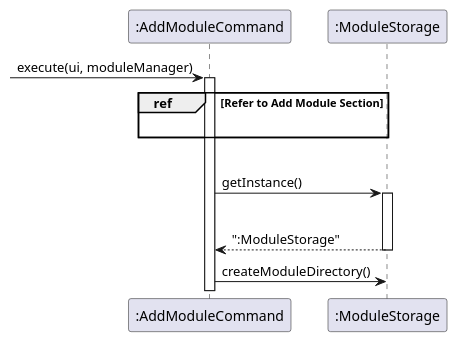
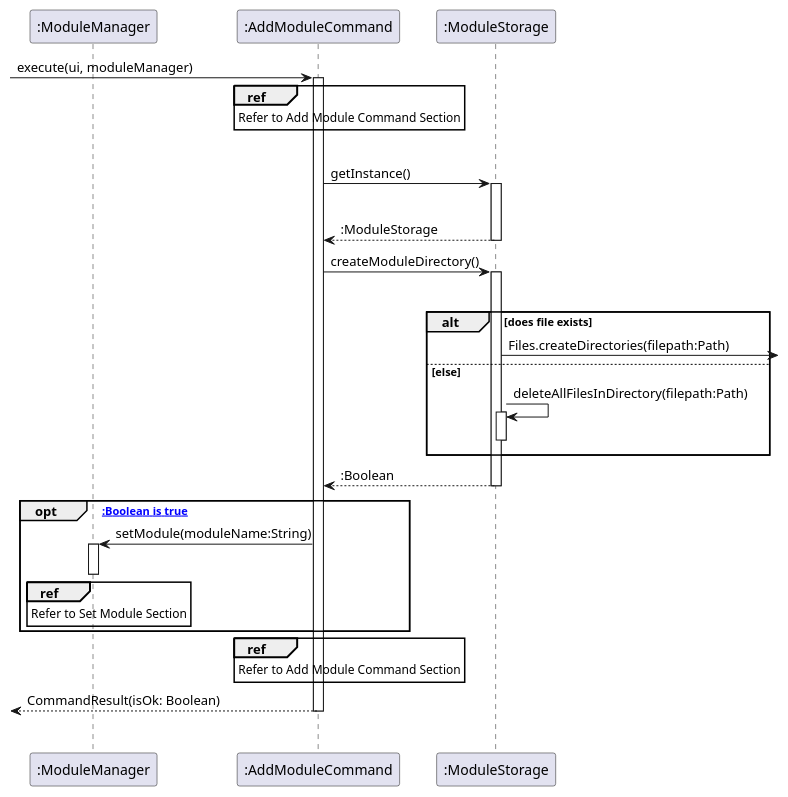
The diagram in docs/uml/storage/AddModuleStorage.puml (nus-cs2113-AY2122S1/tp), drawn with PlantUML before and after one commit. The commit also changed 4 other files, not shown here.

Commit message:
Add some storage seq UML

```diff
--- a/docs/uml/storage/AddModuleStorage.puml
+++ b/docs/uml/storage/AddModuleStorage.puml
@@ -1,25 +1,48 @@
 @startuml
 'https://plantuml.com/sequence-diagram
 
+participant ":ModuleManager" as ModuleManager
 participant ":AddModuleCommand" as AddModuleCommand
 participant ":ModuleStorage" as ModuleStorage
 
 -> AddModuleCommand : execute(ui, moduleManager)
 activate AddModuleCommand
-  group ref [Refer to Add Module Section]
-    |||
+  ref over AddModuleCommand
+    Refer to Add Module Command Section
   end
     |||
   AddModuleCommand -> ModuleStorage : getInstance()
   activate ModuleStorage
     |||
-    return ":ModuleStorage"
-  Deactivate ModuleStorage
+    return :ModuleStorage
   AddModuleCommand -> ModuleStorage : createModuleDirectory()
-
+  activate ModuleStorage
+    |||
+    alt does file exists
+      ModuleStorage -> : Files.createDirectories(filepath:Path)
+    else else
+      ModuleStorage -> ModuleStorage : deleteAllFilesInDirectory(filepath:Path)
+      activate ModuleStorage
+      Deactivate ModuleStorage
+    end
+    return :Boolean
+  opt [if :Boolean is true]
+    AddModuleCommand -> ModuleManager : setModule(moduleName:String)
+    activate ModuleManager
+    ref over ModuleManager
+      Refer to Set Module Section
+    end
+    Deactivate ModuleManager
+  end
+  ref over AddModuleCommand
+    Refer to Add Module Command Section
+  end
+return CommandResult(isOk: Boolean)
+Deactivate AddModuleCommand
+|||
 
 
 
 
 
 @enduml
```
